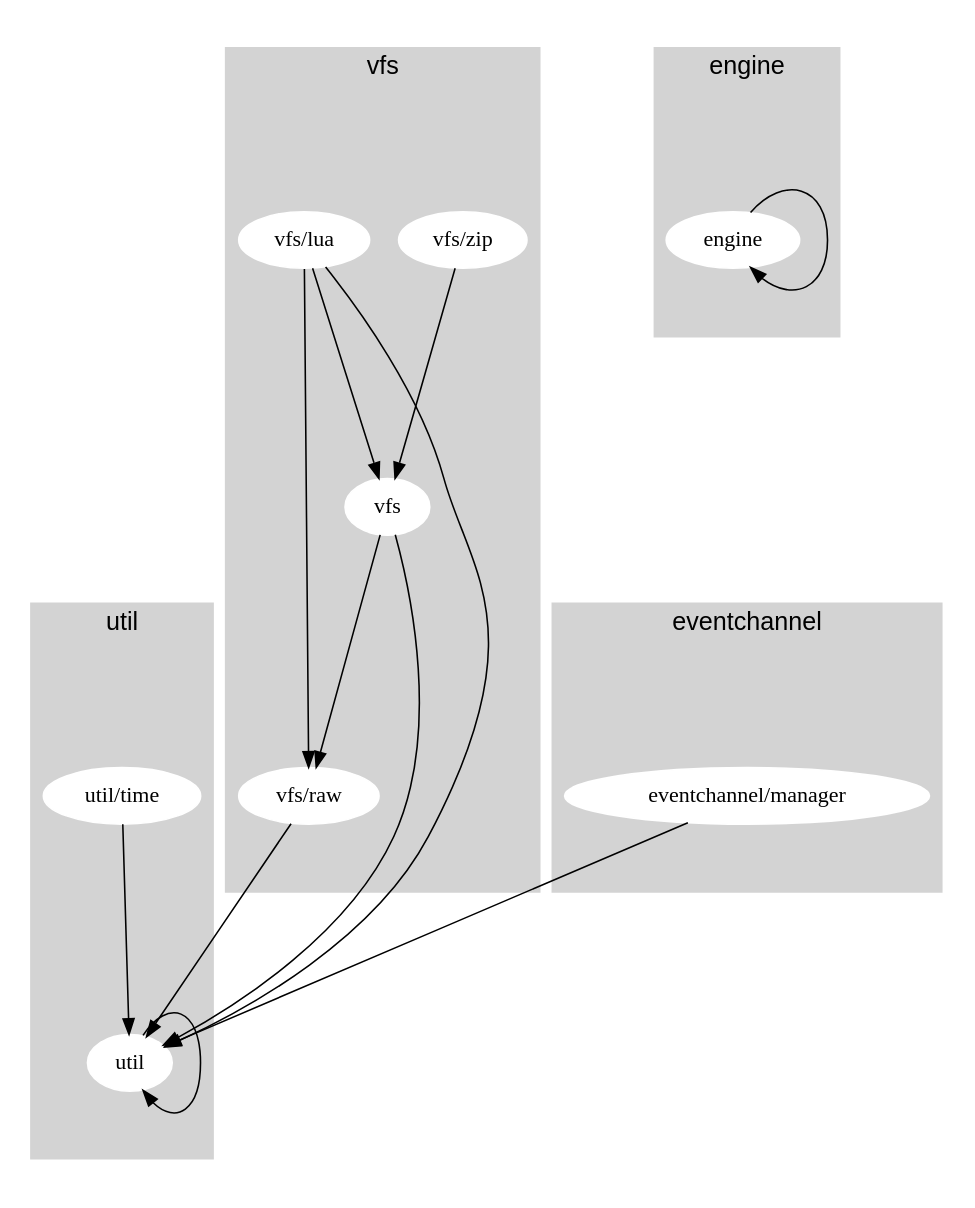
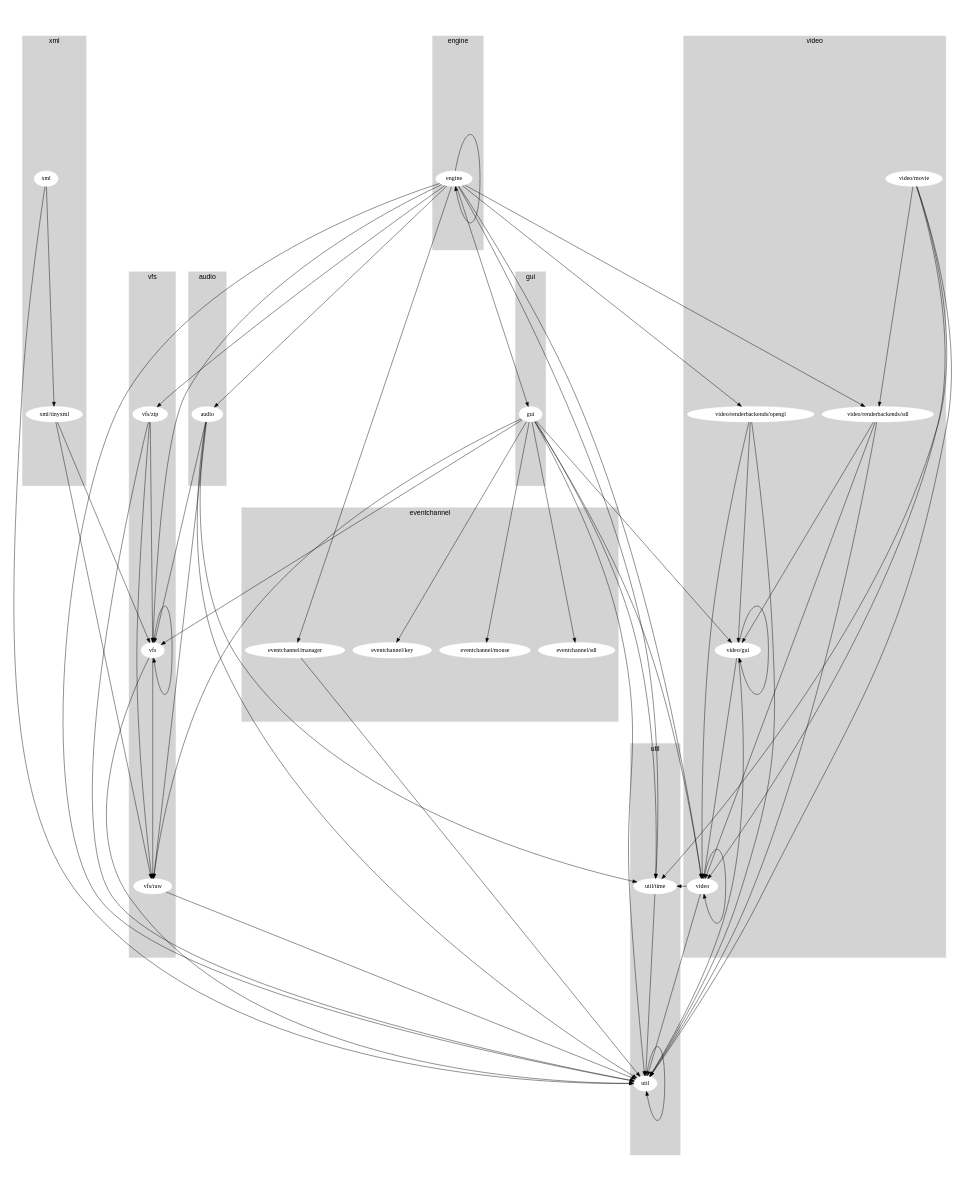
Before and after one commit to fifengine/fifengine: the diagram in doc/dependencies/dirdeps.dot, drawn with Graphviz. The commit also changed 12 other files, not shown here.

```diff
--- a/doc/dependencies/dirdeps.dot
+++ b/doc/dependencies/dirdeps.dot
@@ -1,47 +1,118 @@
 digraph "source tree" {
     overlap=scale;
     size="8,10";
     ratio="fill";
     fontsize="16";
     fontname="Helvetica";
     clusterrank="local";
 subgraph cluster_0 {
     style=filled;
     color=lightgrey;
     node [style=filled,color=white];
-    "util"; "util/time"
-    label = "util";
+    "engine"
+    label = "engine";
 }
 subgraph cluster_1 {
     style=filled;
     color=lightgrey;
     node [style=filled,color=white];
-    "engine"
-    label = "engine";
+    "xml"; "xml/tinyxml"
+    label = "xml";
 }
 subgraph cluster_2 {
     style=filled;
     color=lightgrey;
     node [style=filled,color=white];
-    "vfs/zip"; "vfs/lua"; "vfs"; "vfs/raw"
-    label = "vfs";
+    "gui"
+    label = "gui";
 }
 subgraph cluster_3 {
     style=filled;
     color=lightgrey;
     node [style=filled,color=white];
-    "eventchannel/manager"
+    "eventchannel/key"; "eventchannel/sdl"; "eventchannel/manager"; "eventchannel/mouse"
     label = "eventchannel";
 }
+subgraph cluster_4 {
+    style=filled;
+    color=lightgrey;
+    node [style=filled,color=white];
+    "util"; "util/time"
+    label = "util";
+}
+subgraph cluster_5 {
+    style=filled;
+    color=lightgrey;
+    node [style=filled,color=white];
+    "video/movie"; "video"; "video/gui"; "video/renderbackends/opengl"; "video/renderbackends/sdl"
+    label = "video";
+}
+subgraph cluster_6 {
+    style=filled;
+    color=lightgrey;
+    node [style=filled,color=white];
+    "audio"
+    label = "audio";
+}
+subgraph cluster_7 {
+    style=filled;
+    color=lightgrey;
+    node [style=filled,color=white];
+    "vfs/zip"; "vfs"; "vfs/raw"
+    label = "vfs";
+}
     "engine" -> "engine"
+    "engine" -> "vfs/zip"
+    "engine" -> "video/renderbackends/sdl"
+    "engine" -> "gui"
+    "engine" -> "util"
+    "engine" -> "video"
+    "engine" -> "util/time"
+    "engine" -> "video/renderbackends/opengl"
+    "engine" -> "audio"
+    "engine" -> "vfs"
+    "engine" -> "eventchannel/manager"
+    "util" -> "util"
+    "video/movie" -> "util"
+    "video/movie" -> "util/time"
+    "video/movie" -> "video"
+    "video/movie" -> "video/renderbackends/sdl"
+    "video/gui" -> "util"
+    "video/gui" -> "video"
+    "video/gui" -> "video/gui"
+    "video/renderbackends/sdl" -> "util"
+    "video/renderbackends/sdl" -> "video/gui"
+    "video/renderbackends/sdl" -> "video"
+    "xml" -> "util"
+    "xml" -> "xml/tinyxml"
+    "gui" -> "video/gui"
+    "gui" -> "eventchannel/mouse"
+    "gui" -> "util"
+    "gui" -> "eventchannel/key"
+    "gui" -> "video"
+    "gui" -> "vfs/raw"
+    "gui" -> "util/time"
+    "gui" -> "vfs"
+    "gui" -> "eventchannel/sdl"
+    "vfs/raw" -> "util"
+    "vfs/zip" -> "util"
     "vfs/zip" -> "vfs"
-    "vfs/lua" -> "util"
-    "vfs/lua" -> "vfs"
-    "vfs/lua" -> "vfs/raw"
-    "util" -> "util"
-    "vfs/raw" -> "util"
+    "vfs/zip" -> "vfs/raw"
+    "video/renderbackends/opengl" -> "util"
+    "video/renderbackends/opengl" -> "video/gui"
+    "video/renderbackends/opengl" -> "video"
+    "xml/tinyxml" -> "vfs"
+    "xml/tinyxml" -> "vfs/raw"
     "util/time" -> "util"
+    "video" -> "util"
+    "video" -> "util/time"
+    "video" -> "video"
+    "audio" -> "util"
+    "audio" -> "util/time"
+    "audio" -> "vfs"
+    "audio" -> "vfs/raw"
     "vfs" -> "util"
+    "vfs" -> "vfs"
     "vfs" -> "vfs/raw"
     "eventchannel/manager" -> "util"
 }
```
